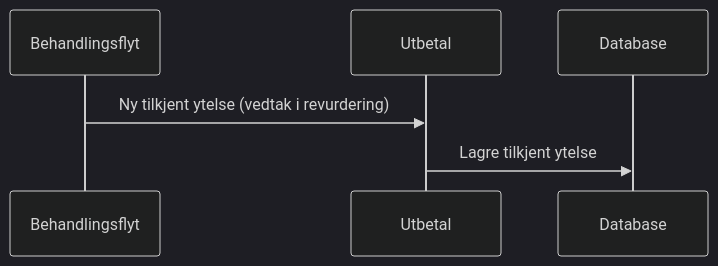
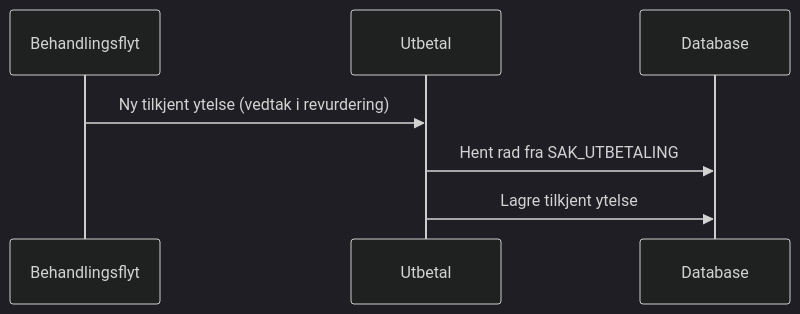
Before and after one commit to navikt/aap-utbetal: the third of 7 diagrams in README.md, drawn with Mermaid (dark theme). The commit also changed 1 other file, not shown here.

Commit message:
Ikke opprett utbetalingsjobb for revurdering.

````diff
--- a/README.md
+++ b/README.md
@@ -40,5 +40,6 @@
 ```mermaid
 sequenceDiagram
     Behandlingsflyt->>Utbetal: Ny tilkjent ytelse (vedtak i revurdering)
+    Utbetal->>Database: Hent rad fra SAK_UTBETALING
     Utbetal->>Database: Lagre tilkjent ytelse
 ```
````
